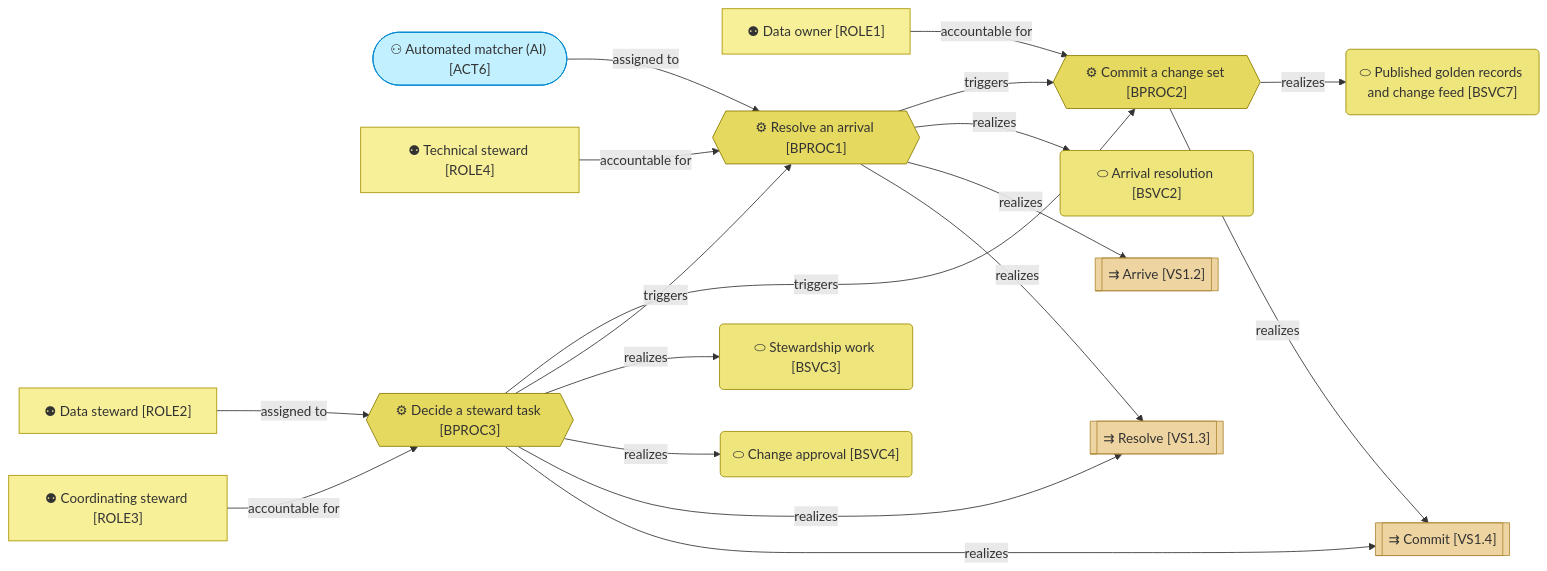
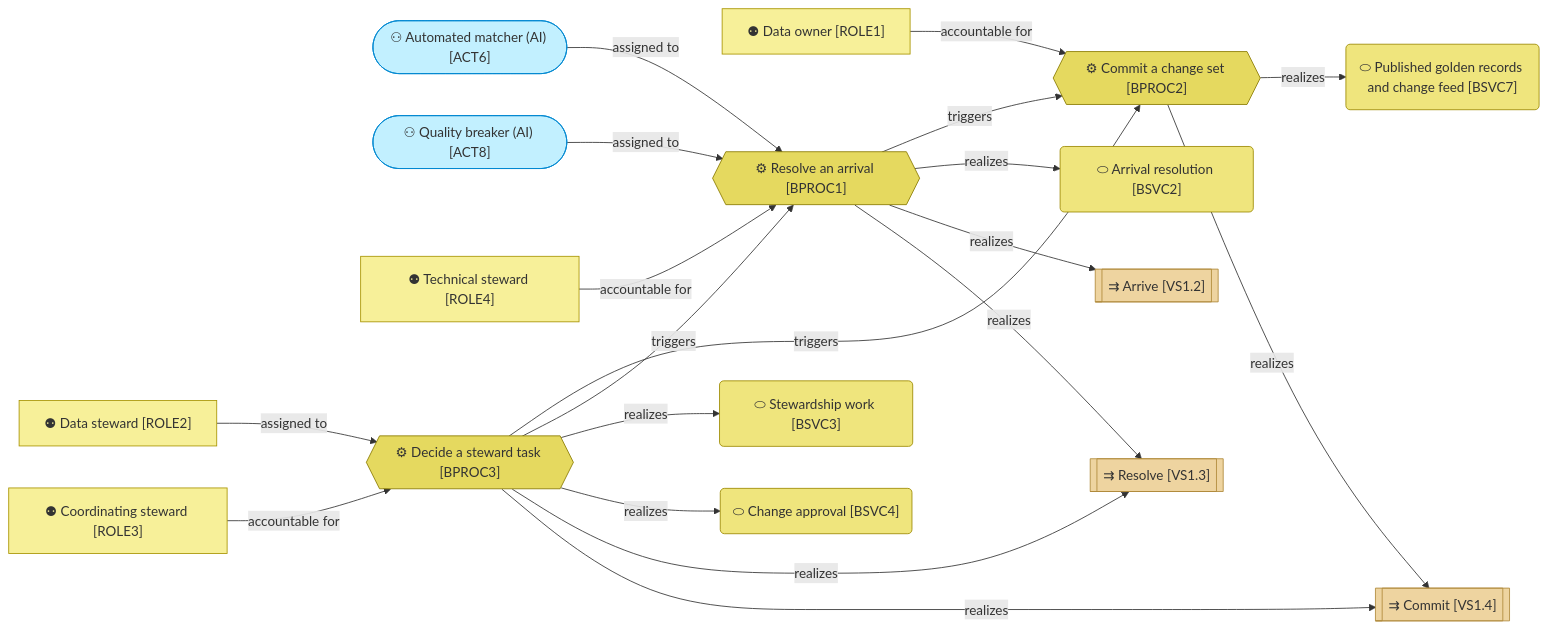
Before and after one commit to roanboc/dbx-master-data-manager: the first of 2 diagrams in architecture/2_business/3_business-processes.md, drawn with Mermaid. The commit also changed other lines of this file and 21 other files, not shown here.

````diff
--- a/architecture/2_business/3_business-processes.md
+++ b/architecture/2_business/3_business-processes.md
@@ -11,42 +11,44 @@
 ```mermaid
 flowchart LR
   act6(["⚇ Automated matcher (AI) [ACT6]"]):::actorAI
+  act8(["⚇ Quality breaker (AI) [ACT8]"]):::actorAI
   role4["⚉ Technical steward [ROLE4]"]:::role
   role1["⚉ Data owner [ROLE1]"]:::role
   role2["⚉ Data steward [ROLE2]"]:::role
   role3["⚉ Coordinating steward [ROLE3]"]:::role
   bproc1{{"⚙ Resolve an arrival [BPROC1]"}}:::process
   bproc2{{"⚙ Commit a change set [BPROC2]"}}:::process
   bproc3{{"⚙ Decide a steward task [BPROC3]"}}:::process
   bsvc2("⬭ Arrival resolution [BSVC2]"):::service
   bsvc3("⬭ Stewardship work [BSVC3]"):::service
   bsvc4("⬭ Change approval [BSVC4]"):::service
   bsvc7("⬭ Published golden records and change feed [BSVC7]"):::service
   vs1_2[["⇉ Arrive [VS1.2]"]]:::stage
   vs1_3[["⇉ Resolve [VS1.3]"]]:::stage
   vs1_4[["⇉ Commit [VS1.4]"]]:::stage
 
   act6 -->|assigned to| bproc1
+  act8 -->|assigned to| bproc1
   role4 -->|accountable for| bproc1
   role1 -->|accountable for| bproc2
   role2 -->|assigned to| bproc3
   role3 -->|accountable for| bproc3
   bproc1 -->|triggers| bproc2
   bproc3 -->|triggers| bproc2
   bproc3 -->|triggers| bproc1
   bproc1 -->|realizes| bsvc2
   bproc2 -->|realizes| bsvc7
   bproc3 -->|realizes| bsvc3
   bproc3 -->|realizes| bsvc4
   bproc1 -->|realizes| vs1_2
   bproc1 -->|realizes| vs1_3
   bproc2 -->|realizes| vs1_4
   bproc3 -->|realizes| vs1_3
   bproc3 -->|realizes| vs1_4
 
   classDef actorAI fill:#c2f0ff,stroke:#0288d1,color:#333
   classDef role fill:#f7f099,stroke:#a89400,color:#333
   classDef process fill:#e5d95f,stroke:#8a7a00,color:#333
   classDef service fill:#efe57d,stroke:#9c8a00,color:#333
   classDef stage fill:#eed4a0,stroke:#b08a3a,color:#333
 ```
````
